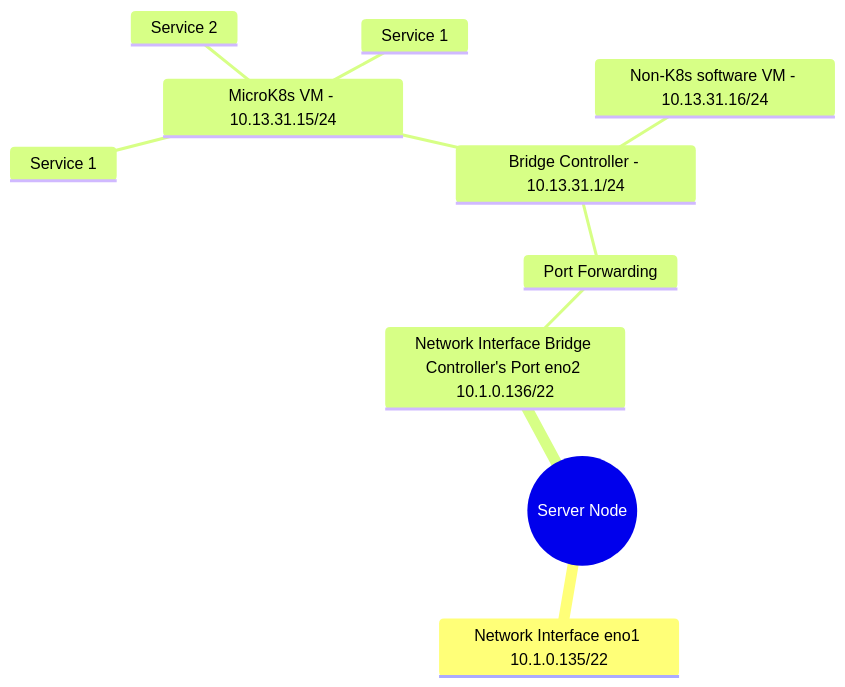
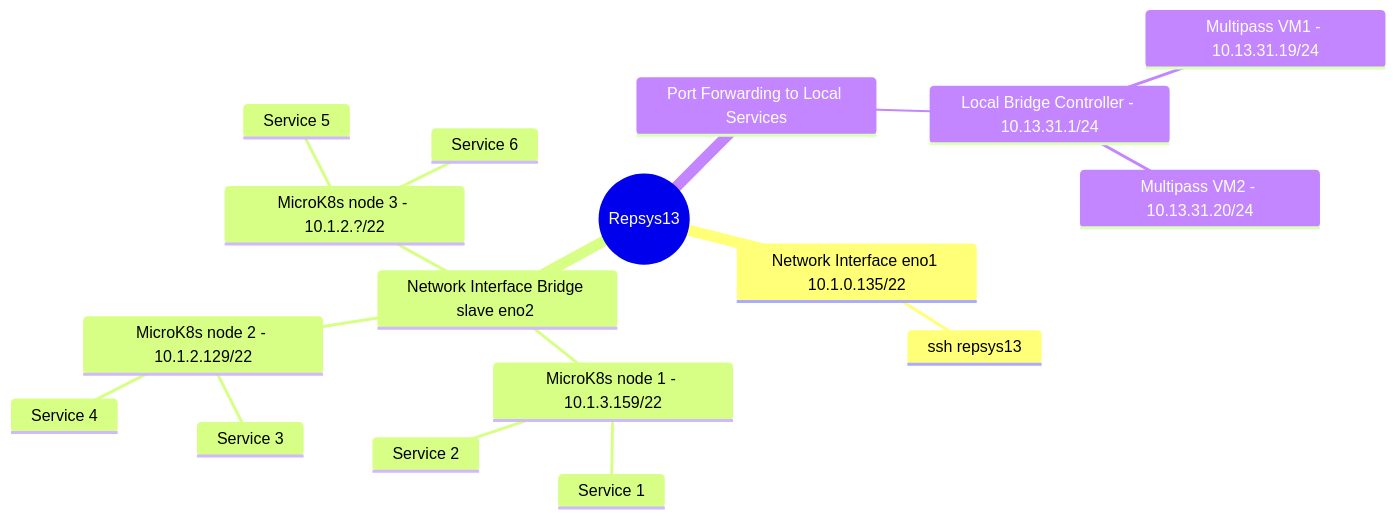
One commit to brentgroves/repsys changed the diagram in development/report_system/virtual_network.md. Above: the diagram before and after it, drawn with Mermaid. The commit also changed other lines of this file and 1 other file, not shown here.

Commit message:
updated source code

````diff
--- a/development/report_system/virtual_network.md
+++ b/development/report_system/virtual_network.md
@@ -8,15 +7,21 @@
 ```mermaid
 mindmap
-  root((Server Node))
+  root((Repsys13))
       Network Interface eno1 10.1.0.135/22
-      Network Interface Bridge Controller's Port eno2 10.1.0.136/22
-        Port Forwarding
-          Bridge Controller - 10.13.31.1/24
-            MicroK8s VM - 10.13.31.15/24
-              Service 1
-              Service 2
-              Service 1
-            Non-K8s software VM - 10.13.31.16/24
-            ::icon(fa fa-book)
+        ssh repsys13
+      Network Interface Bridge slave eno2 
+        MicroK8s node 1 - 10.1.3.159/22
+          Service 1
+          Service 2
+        MicroK8s node 2 - 10.1.2.129/22
+          Service 3
+          Service 4
+        MicroK8s node 3 - 10.1.2.?/22
+          Service 5
+          Service 6
+     Port Forwarding to Local Services
+        Local Bridge Controller - 10.13.31.1/24
+          Multipass VM1 - 10.13.31.19/24
+          Multipass VM2 - 10.13.31.20/24
 
 ```
````
